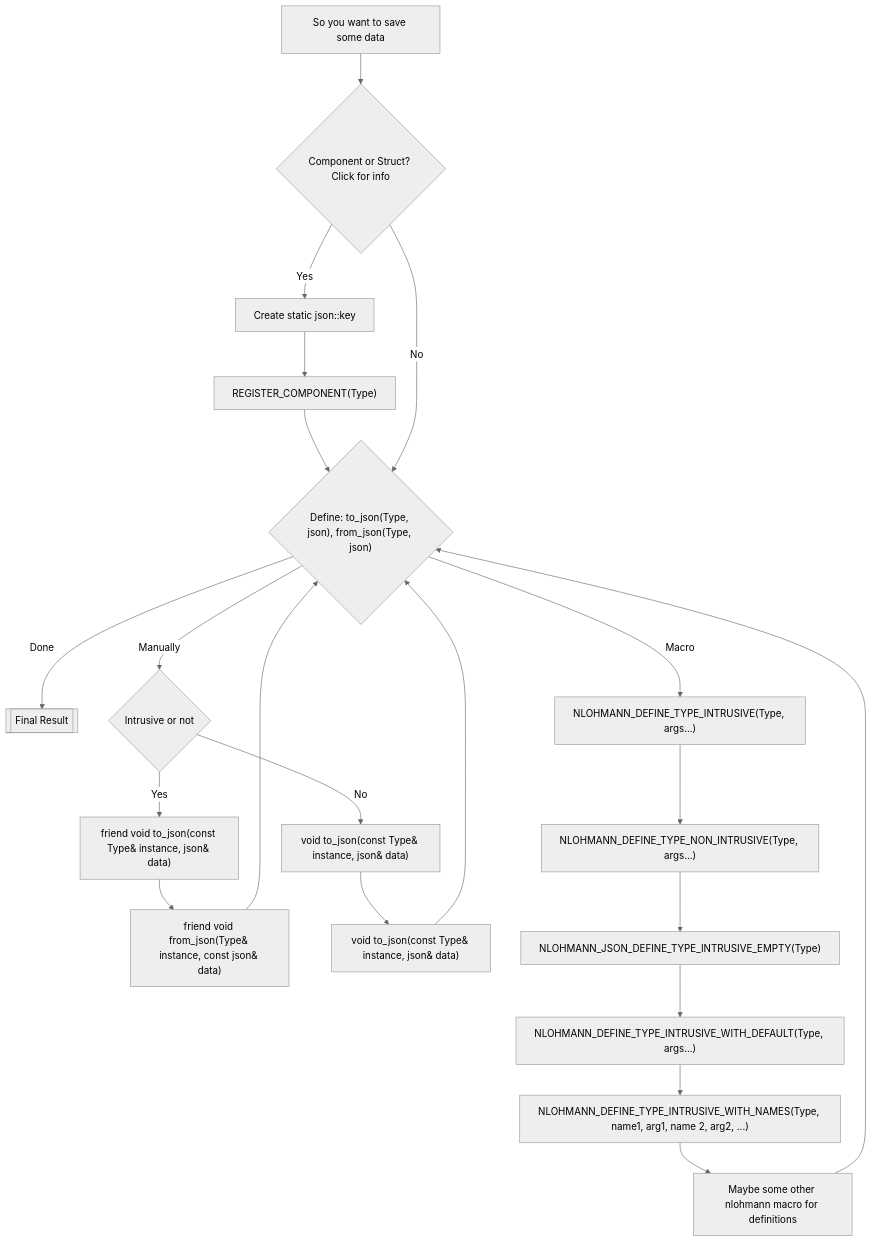
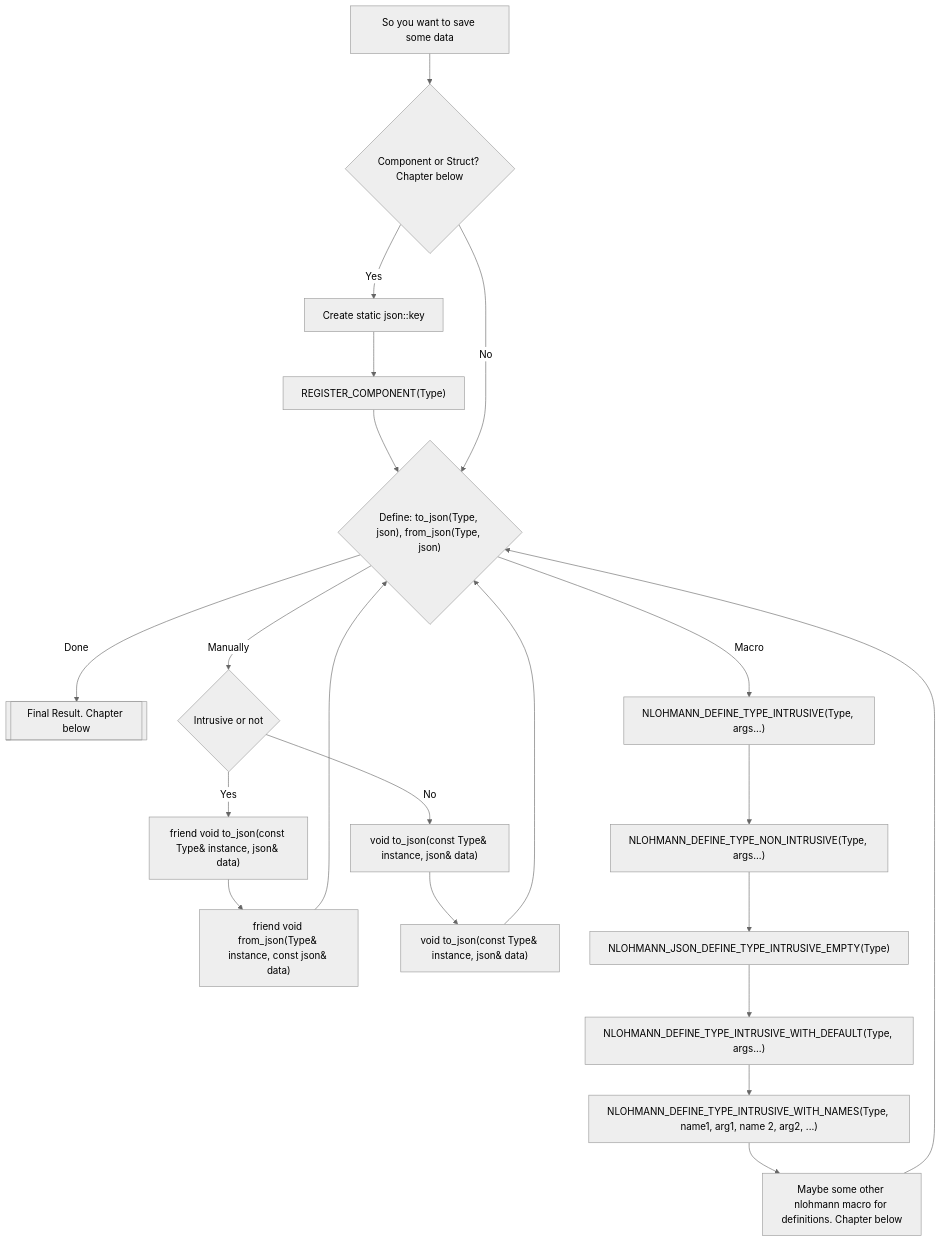
Before and after one commit to MrStaircase/Robot-Factory-Idea: the diagram in guide/components.md, drawn with Mermaid (neutral theme). The commit also changed other lines of this file, not shown here.

Commit message:
polished markdown

````diff
--- a/guide/components.md
+++ b/guide/components.md
@@ -3,33 +3,28 @@
 ```mermaid
 flowchart TD
     AA[So you want to save some data]
-    A{Component or Struct? Click for info}
+    A{Component or Struct? Chapter below}
     C[Create static json::key]
     D{"Define: to_json(Type, json), from_json(Type, json)"}
     E["REGISTER_COMPONENT(Type)"]
-    F[[Final Result]]
+    F[[Final Result. Chapter below]]
 
     DA{Intrusive or not}
     DB["friend void to_json(const Type& instance, json& data)"]
     DC["friend void from_json(Type& instance, const json& data)"]
     DD["void to_json(const Type& instance, json& data)"]
     DE["void to_json(const Type& instance, json& data)"]
 
     DF["NLOHMANN_DEFINE_TYPE_INTRUSIVE(Type, args...)"]
     DG["NLOHMANN_DEFINE_TYPE_NON_INTRUSIVE(Type, args...)"]
     DH["NLOHMANN_JSON_DEFINE_TYPE_INTRUSIVE_EMPTY(Type)"]
     DI["NLOHMANN_DEFINE_TYPE_INTRUSIVE_WITH_DEFAULT(Type, args...)"]
     DJ["NLOHMANN_DEFINE_TYPE_INTRUSIVE_WITH_NAMES(Type, name1, arg1, name 2, arg2, ...)"]
-    DK[Maybe some other nlohmann macro for definitions]
+    DK[Maybe some other nlohmann macro for definitions. Chapter below]
 
     AA --> A --> |Yes| C --> E --> D --> |Done| F
     A --> |No| D
     D --> |Manually| DA --> |Yes| DB --> DC --> D
     DA --> |No| DD --> DE --> D
     D --> |Macro| DF --> DG --> DH --> DI --> DJ --> DK --> D
-
-
-    click A "#component-or-struct" "Component or Struct?"
-    click F "#final-component" "Final Component"
-    click DK "#nlohmann-macros" "nlohmann macros"
 ```
````
